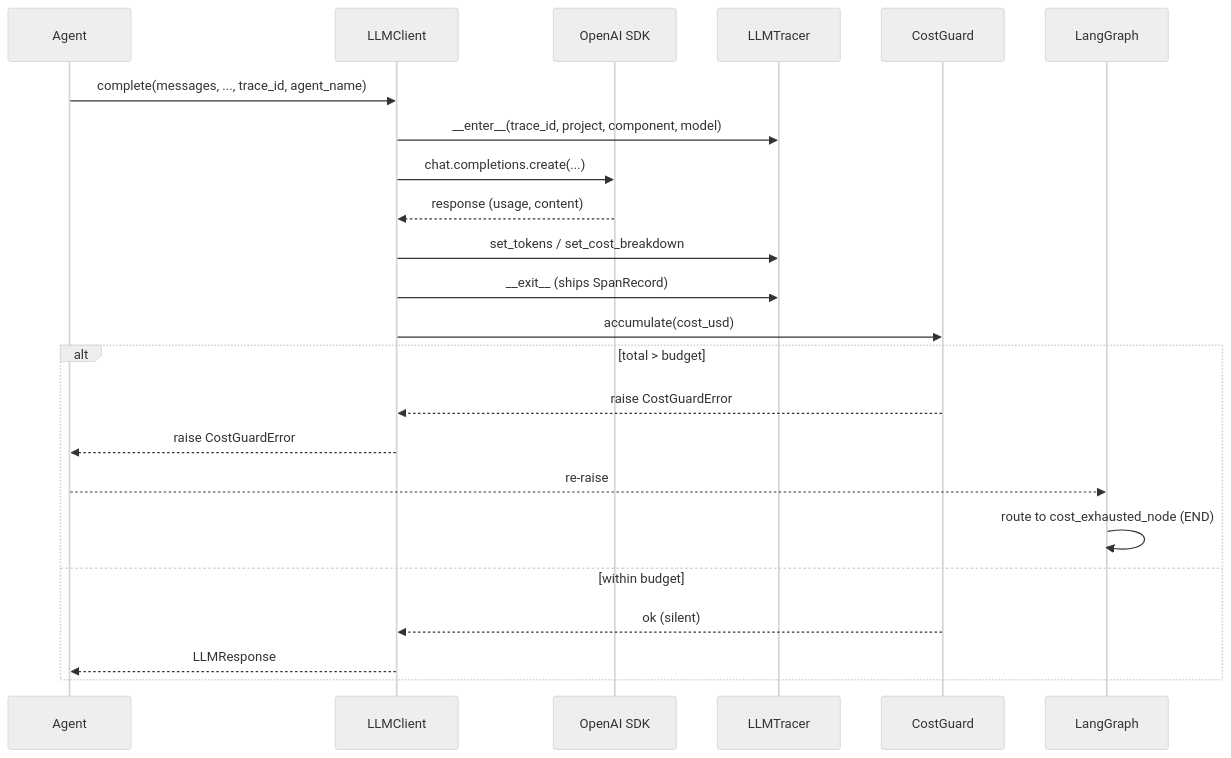
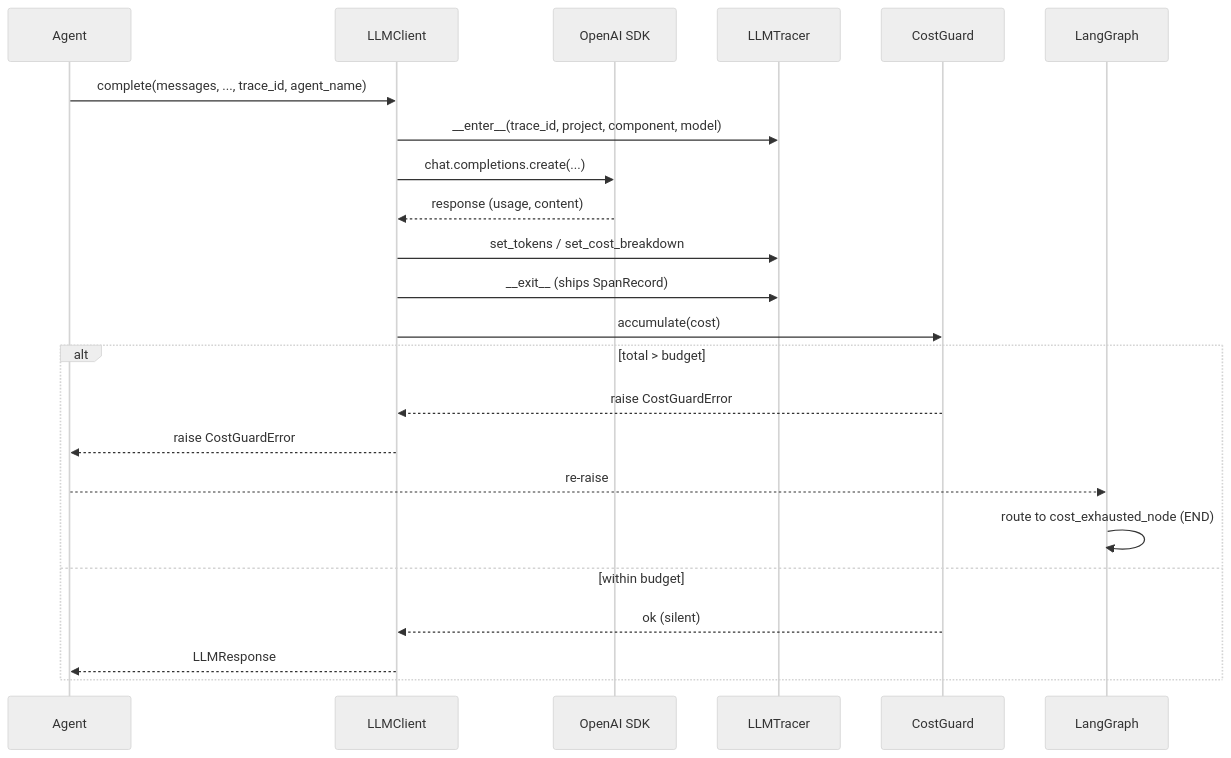
Before and after one commit to meizhuixu/auto-sentinel: the diagram in specs/005-real-llm-integration/contracts/cost-guard.md, drawn with Mermaid (neutral theme). The commit also changed other lines of this file and 35 other files, not shown here.

````diff
--- a/specs/005-real-llm-integration/contracts/cost-guard.md
+++ b/specs/005-real-llm-integration/contracts/cost-guard.md
@@ -74,25 +80,25 @@
 ```mermaid
 sequenceDiagram
     participant Agent
     participant Client as LLMClient
     participant SDK as OpenAI SDK
     participant Tracer as LLMTracer
     participant Guard as CostGuard
 
     Agent->>Client: complete(messages, ..., trace_id, agent_name)
     Client->>Tracer: __enter__(trace_id, project, component, model)
     Client->>SDK: chat.completions.create(...)
     SDK-->>Client: response (usage, content)
     Client->>Tracer: set_tokens / set_cost_breakdown
     Client->>Tracer: __exit__ (ships SpanRecord)
-    Client->>Guard: accumulate(cost_usd)
+    Client->>Guard: accumulate(cost)
     alt total > budget
         Guard-->>Client: raise CostGuardError
         Client-->>Agent: raise CostGuardError
         Agent-->>LangGraph: re-raise
         LangGraph->>LangGraph: route to cost_exhausted_node (END)
     else within budget
         Guard-->>Client: ok (silent)
         Client-->>Agent: LLMResponse
     end
 ```
````
